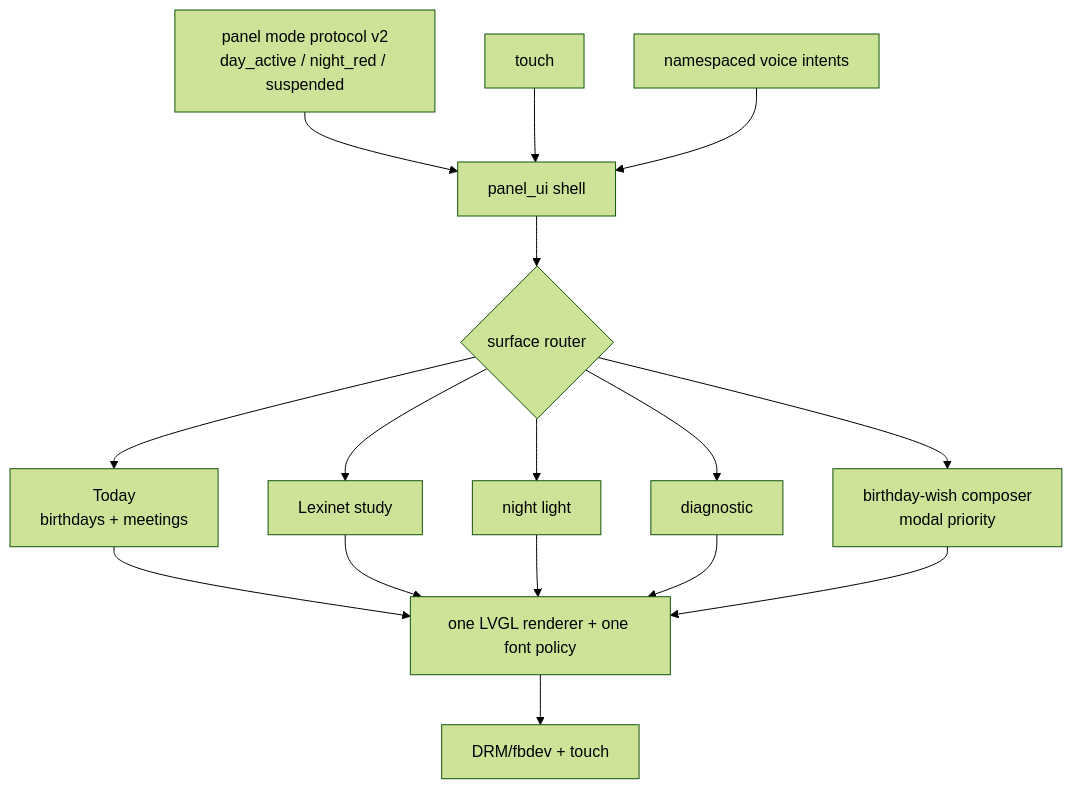
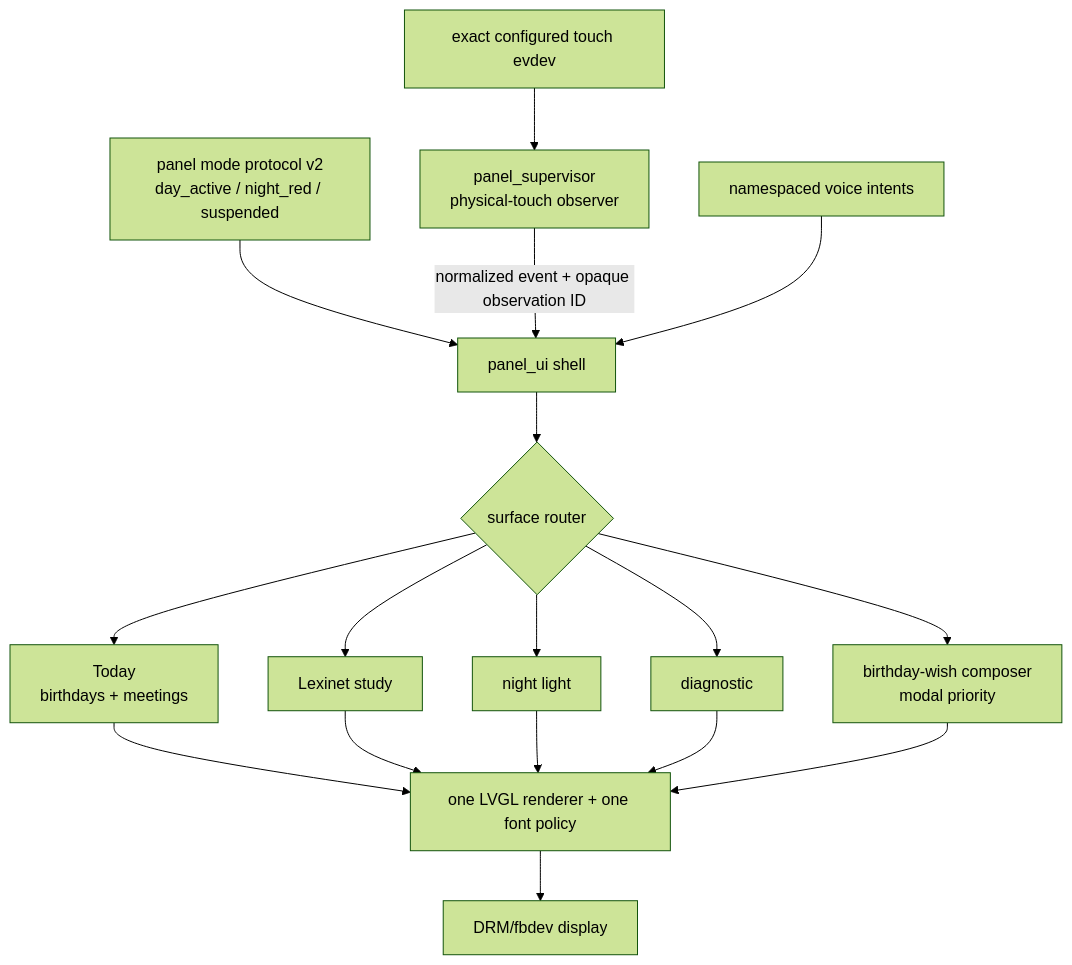
Before and after one commit to scshafe/embedded-house-panel: the second of 5 diagrams in docs/architecture/personal-agenda-and-birthday-wishes.md, drawn with Mermaid (forest theme). The commit also changed other lines of this file and 11 other files, not shown here.

````diff
--- a/docs/architecture/personal-agenda-and-birthday-wishes.md
+++ b/docs/architecture/personal-agenda-and-birthday-wishes.md
@@ -242,20 +252,21 @@
 ```mermaid
 flowchart TB
     MODE["panel mode protocol v2\nday_active / night_red / suspended"] --> SHELL["panel_ui shell"]
-    TOUCH["touch"] --> SHELL
+    TOUCH["exact configured touch evdev"] --> OBSERVER["panel_supervisor\nphysical-touch observer"]
+    OBSERVER -->|"normalized event + opaque observation ID"| SHELL
     INTENT["namespaced voice intents"] --> SHELL
 
     SHELL --> ROUTER{"surface router"}
     ROUTER --> TODAY["Today\nbirthdays + meetings"]
     ROUTER --> STUDY["Lexinet study"]
     ROUTER --> NIGHT["night light"]
     ROUTER --> DIAG["diagnostic"]
     ROUTER --> MODAL["birthday-wish composer\nmodal priority"]
 
     TODAY --> LVGL["one LVGL renderer + one font policy"]
     STUDY --> LVGL
     NIGHT --> LVGL
     DIAG --> LVGL
     MODAL --> LVGL
-    LVGL --> DISPLAY["DRM/fbdev + touch"]
+    LVGL --> DISPLAY["DRM/fbdev display"]
 ```
````
